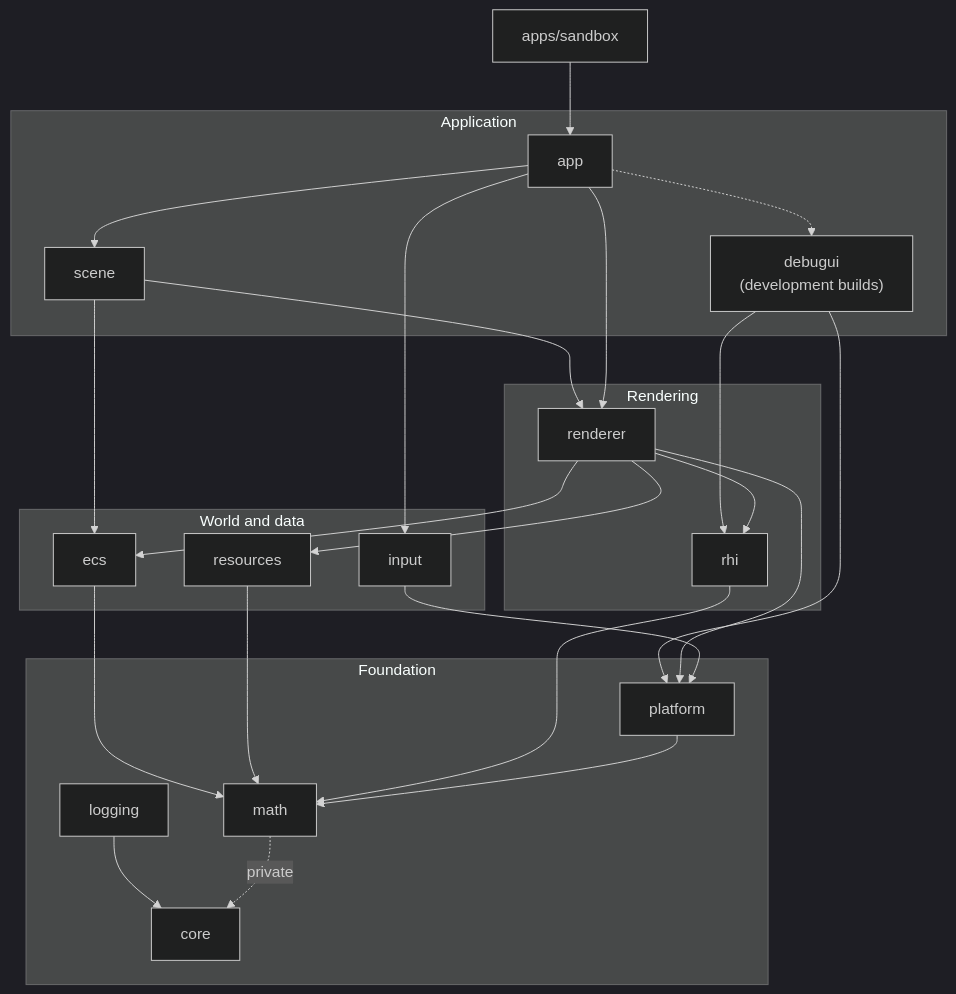
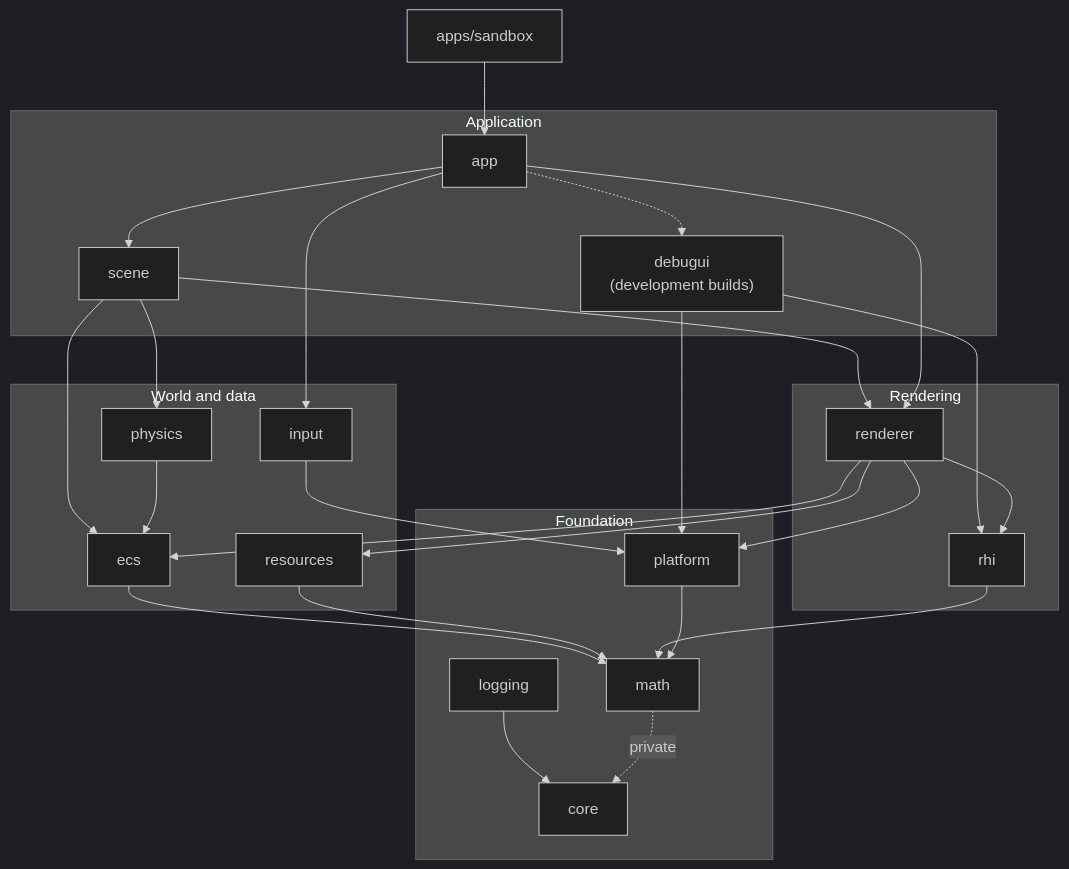
Before and after one commit to SBXdev3D/daidalos-engine-next: the first of 6 diagrams in docs/ARCHITECTURE.md, drawn with Mermaid (dark theme). The commit also changed other lines of this file and 26 other files, not shown here.

````diff
--- a/docs/ARCHITECTURE.md
+++ b/docs/ARCHITECTURE.md
@@ -9,48 +9,51 @@
 ```mermaid
 flowchart TD
     sandbox["apps/sandbox"] --> app
 
     subgraph application [Application]
         app
         scene
         debugui["debugui<br/>(development builds)"]
     end
 
     subgraph rendering [Rendering]
         renderer
         rhi
     end
 
     subgraph world [World and data]
+        physics
         ecs
         resources
         input
     end
 
     subgraph foundation [Foundation]
         platform
         logging
         math
         core
     end
 
     app --> scene
     app --> input
     scene --> renderer
     scene --> ecs
+    scene --> physics
+    physics --> ecs
     app -.-> debugui
     app --> renderer
     debugui --> rhi
     debugui --> platform
     renderer --> rhi
     renderer --> ecs
     renderer --> resources
     renderer --> platform
     input --> platform
     ecs --> math
     resources --> math
     rhi --> math
     platform --> math
     logging --> core
     math -. private .-> core
 ```
````
